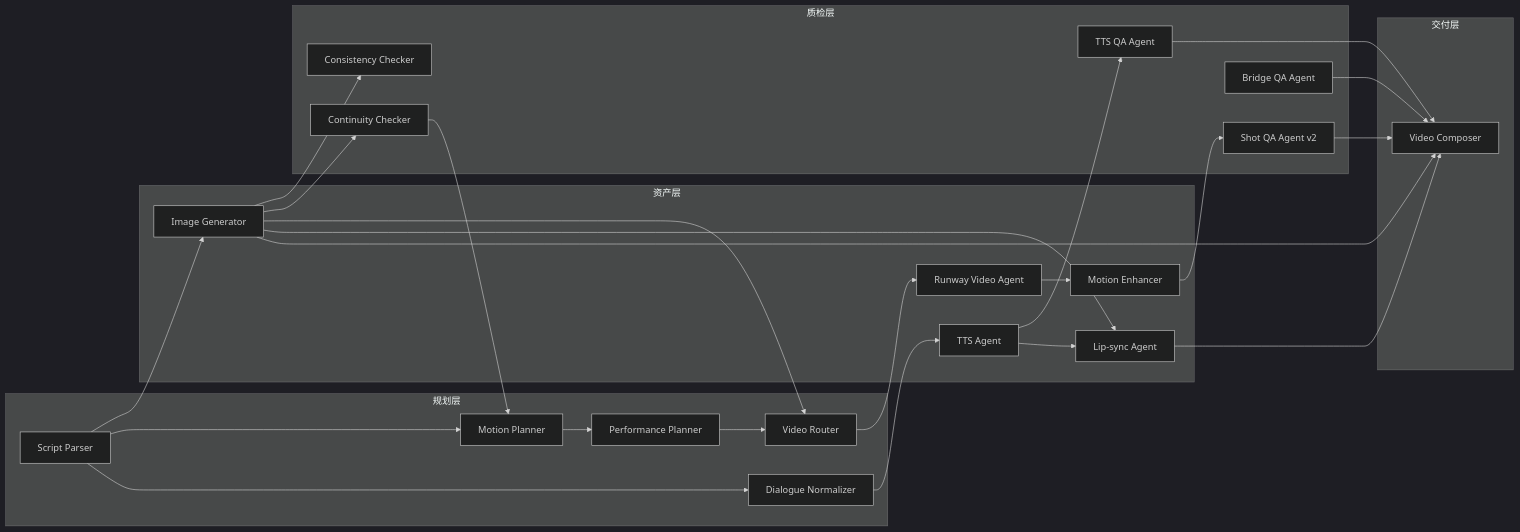
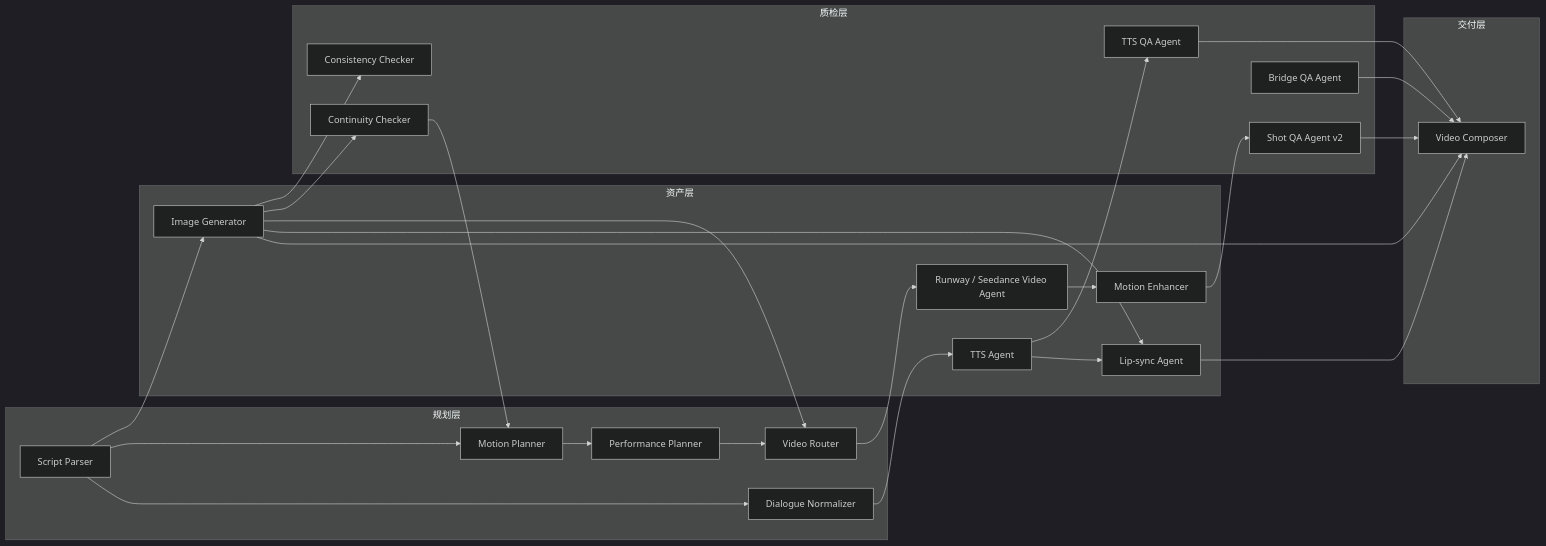
Before and after one commit to OliverPanda/AI-video-factory-pro: the second of 3 diagrams in docs/agents/agent-io-map.md, drawn with Mermaid (dark theme). The commit also changed other lines of this file and 37 other files, not shown here.

````diff
--- a/docs/agents/agent-io-map.md
+++ b/docs/agents/agent-io-map.md
@@ -55,52 +58,52 @@
 ```mermaid
 flowchart LR
     subgraph Planning[规划层]
         SP[Script Parser]
         MP[Motion Planner]
         PP[Performance Planner]
         VR[Video Router]
         DN[Dialogue Normalizer]
     end
 
     subgraph Asset[资产层]
         IG[Image Generator]
-        RV[Runway Video Agent]
+        RV[Runway / Seedance Video Agent]
         ME[Motion Enhancer]
         TTS[TTS Agent]
         LS[Lip-sync Agent]
     end
 
     subgraph QA[质检层]
         CC[Consistency Checker]
         CQ[Continuity Checker]
         SQ[Shot QA Agent v2]
         BQ[Bridge QA Agent]
         TQ[TTS QA Agent]
     end
 
     subgraph Delivery[交付层]
         VC[Video Composer]
     end
 
     SP --> IG
     IG --> CC
     IG --> CQ
     SP --> MP
     CQ --> MP
     MP --> PP
     PP --> VR
     IG --> VR
     VR --> RV
     RV --> ME
     ME --> SQ
     SP --> DN
     DN --> TTS
     TTS --> TQ
     IG --> LS
     TTS --> LS
     SQ --> VC
     BQ --> VC
     LS --> VC
     IG --> VC
     TQ --> VC
 ```
````
